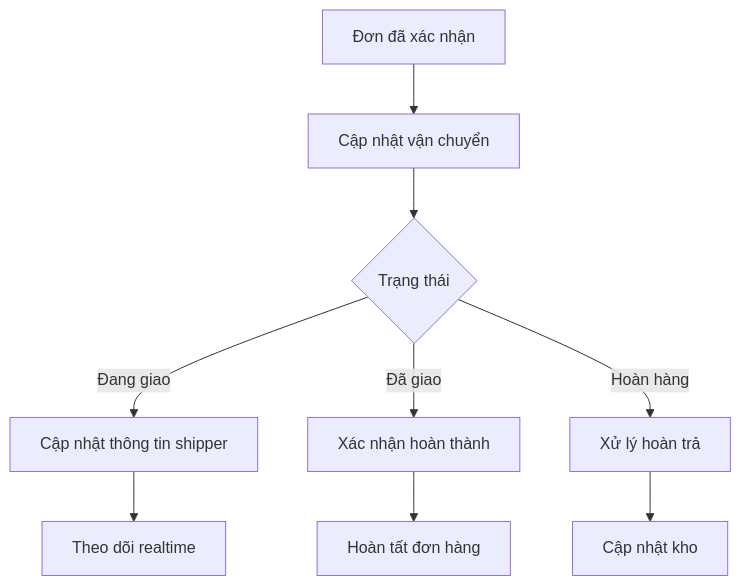
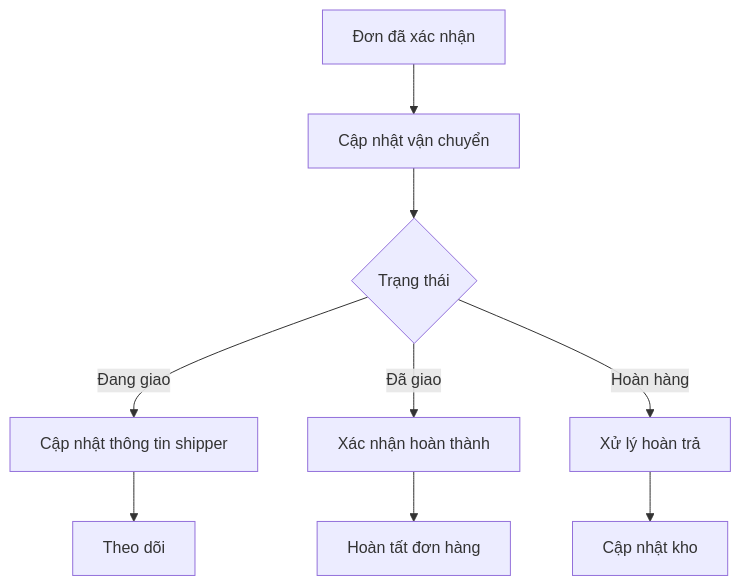
Diagram 12 of 31 in README.md (ngocthien19/DA_WEB_CK1_25_26), drawn with Mermaid before and after one commit. The commit also changed other lines of this file, not shown here.

````diff
--- a/README.md
+++ b/README.md
@@ -249,11 +470,11 @@
 ```mermaid
 graph TD
     A[Đơn đã xác nhận] --> B[Cập nhật vận chuyển]
     B --> C{Trạng thái}
     C -->|Đang giao| D[Cập nhật thông tin shipper]
     C -->|Đã giao| E[Xác nhận hoàn thành]
     C -->|Hoàn hàng| F[Xử lý hoàn trả]
-    D --> G[Theo dõi realtime]
+    D --> G[Theo dõi]
     E --> H[Hoàn tất đơn hàng]
     F --> I[Cập nhật kho]
 ```
````
